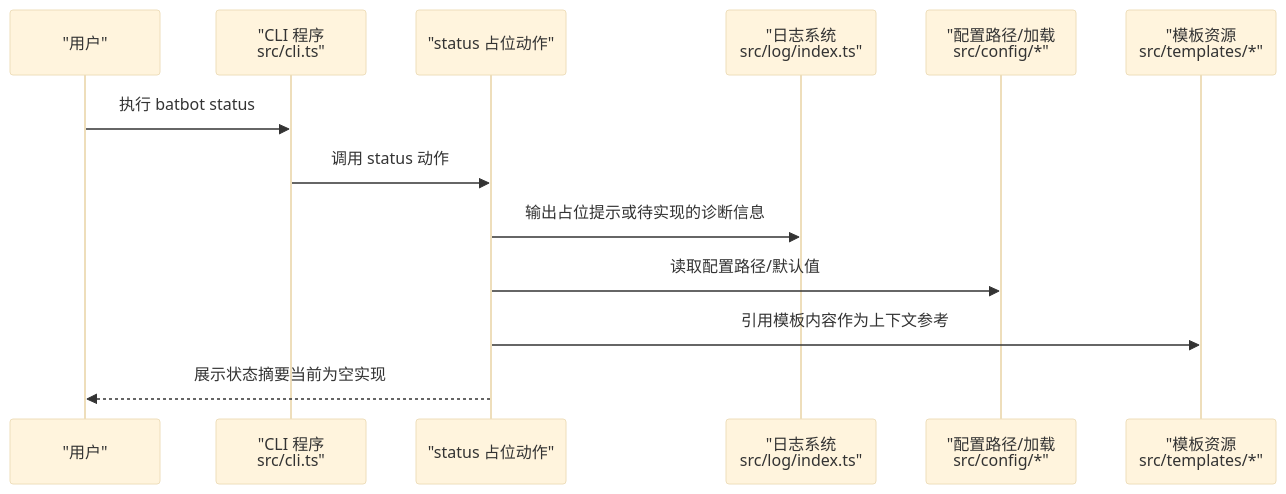
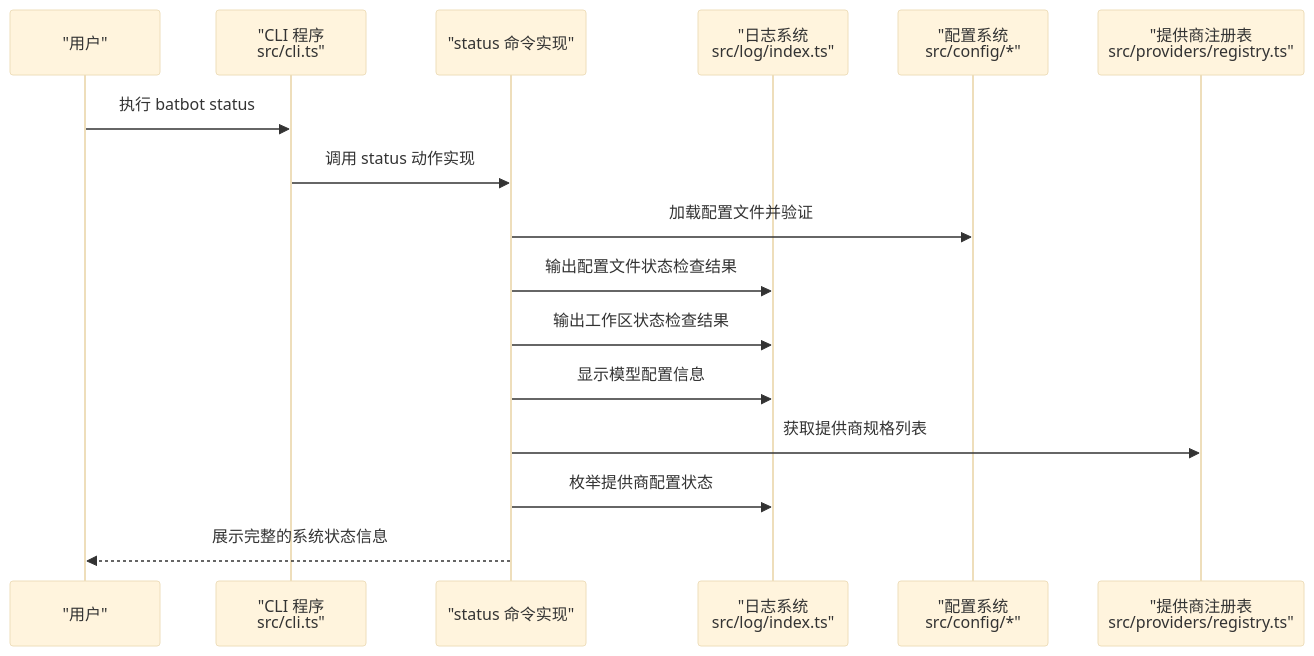
Before and after one commit to neciszhang/batbot: the second of 3 diagrams in .qoder/repowiki/zh/content/命令参考手册/状态命令 (status).md, drawn with Mermaid (base theme). The commit also changed other lines of this file and 9 other files, not shown here.

````diff
--- a/.qoder/repowiki/zh/content/命令参考手册/状态命令 (status).md
+++ b/.qoder/repowiki/zh/content/命令参考手册/状态命令 (status).md
@@ -93,15 +92,18 @@
 ```mermaid
 sequenceDiagram
 participant U as "用户"
 participant P as "CLI 程序<br/>src/cli.ts"
-participant S as "status 占位动作"
+participant S as "status 命令实现"
 participant L as "日志系统<br/>src/log/index.ts"
-participant C as "配置路径/加载<br/>src/config/*"
-participant T as "模板资源<br/>src/templates/*"
+participant C as "配置系统<br/>src/config/*"
+participant R as "提供商注册表<br/>src/providers/registry.ts"
 U->>P : 执行 batbot status
-P->>S : 调用 status 动作
-S->>L : 输出占位提示或待实现的诊断信息
-S->>C : 读取配置路径/默认值
-S->>T : 引用模板内容作为上下文参考
-S-->>U : 展示状态摘要当前为空实现
+P->>S : 调用 status 动作实现
+S->>C : 加载配置文件并验证
+S->>L : 输出配置文件状态检查结果
+S->>L : 输出工作区状态检查结果
+S->>L : 显示模型配置信息
+S->>R : 获取提供商规格列表
+S->>L : 枚举提供商配置状态
+S-->>U : 展示完整的系统状态信息
 ```
````
